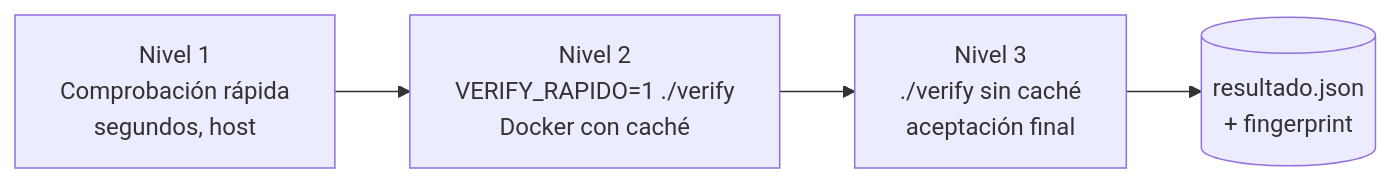
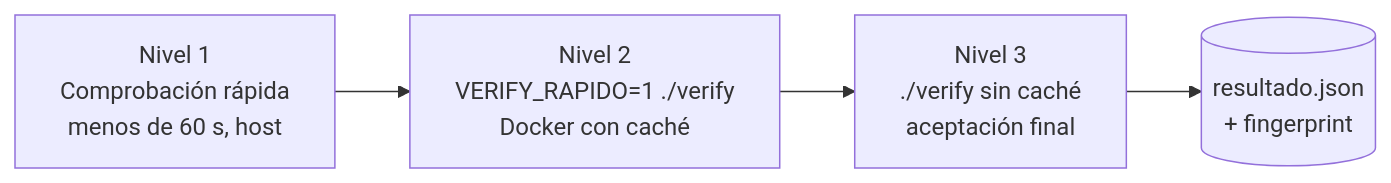
The fourth of 7 diagrams in docs/implementacion.md (francolmc/Flucastr.AI), drawn with Mermaid before and after one commit. The commit also changed other lines of this file and 21 other files, not shown here.

````diff
--- a/docs/implementacion.md
+++ b/docs/implementacion.md
@@ -165,5 +165,5 @@
 ```mermaid
 flowchart LR
-    N1["Nivel 1<br/>Comprobación rápida<br/>segundos, host"] --> N2["Nivel 2<br/>VERIFY_RAPIDO=1 ./verify<br/>Docker con caché"] --> N3["Nivel 3<br/>./verify sin caché<br/>aceptación final"]
+    N1["Nivel 1<br/>Comprobación rápida<br/>menos de 60 s, host"] --> N2["Nivel 2<br/>VERIFY_RAPIDO=1 ./verify<br/>Docker con caché"] --> N3["Nivel 3<br/>./verify sin caché<br/>aceptación final"]
     N3 --> R[(resultado.json<br/>+ fingerprint)]
 ```
````
